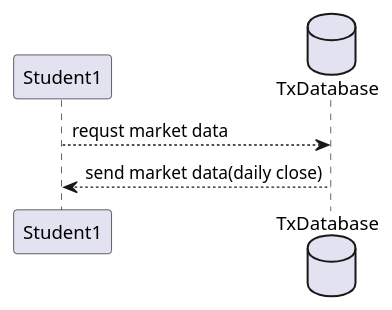
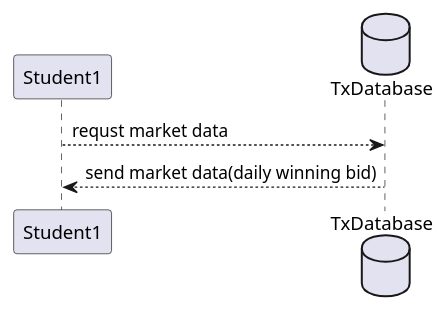
The diagram in Seq05_ShowMarketdata.plantuml (KyotoUniv-SIC/electoric-power-exchange), drawn with PlantUML before and after one commit. The commit also changed 6 other files, not shown here.

```diff
--- a/Seq05_ShowMarketdata.plantuml
+++ b/Seq05_ShowMarketdata.plantuml
@@ -1,7 +1,7 @@
 @startuml sequence
 participant Student1 as st1
 database TxDatabase as db2
 
 st1 --> db2 : requst market data
-st1 <-- db2 : send market data(daily close)
+st1 <-- db2 : send market data(daily winning bid)
 @enduml
```
